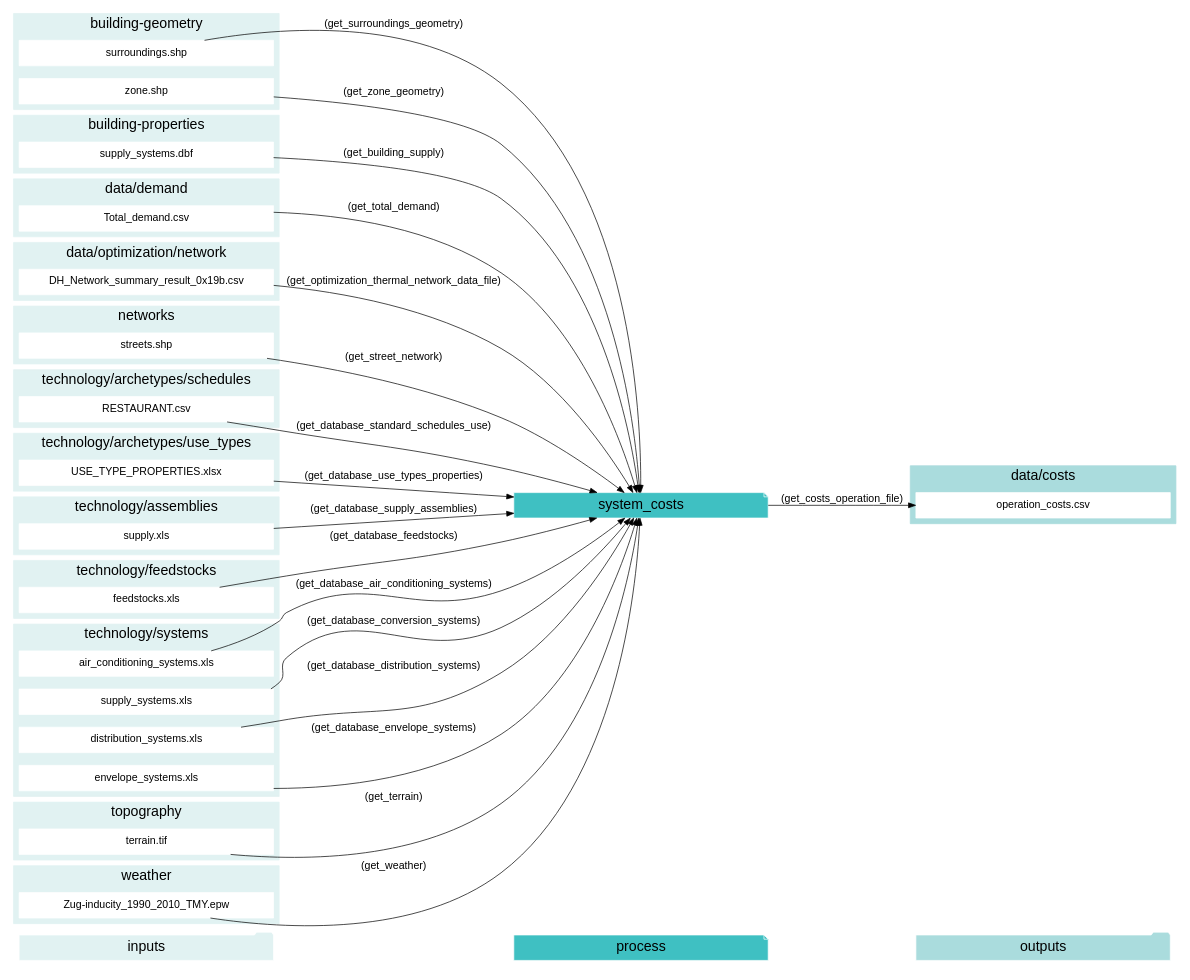
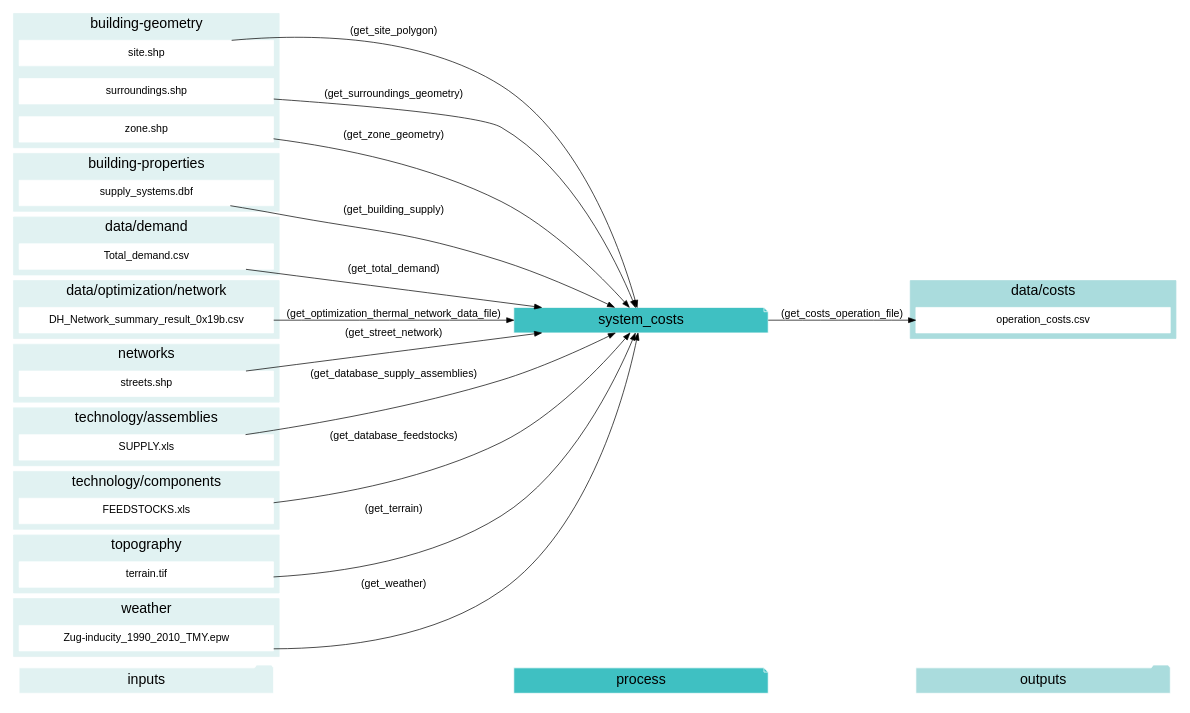
Before and after one commit to architecture-building-systems/CityEnergyAnalyst: the diagram in docs/graphviz/system_costs.gv, drawn with Graphviz. The commit also changed 24 other files, not shown here.

```diff
--- a/docs/graphviz/system_costs.gv
+++ b/docs/graphviz/system_costs.gv
@@ -1,142 +1,111 @@
 digraph trace_inputlocator {
     rankdir="LR";
     graph [overlap=false, fontname=arial];
     node [shape=box, style=filled, color=white, fontsize=15, fontname=arial, fixedsize=true, width=5];
     edge [fontname=arial, fontsize = 15]
     newrank=true
     subgraph cluster_legend {
     fontsize=25
     style=invis
     "process"[style=filled, fillcolor="#3FC0C2", shape=note, fontsize=20, fontname="arial"]
     "inputs" [style=filled, shape=folder, color=white, fillcolor="#E1F2F2", fontsize=20]
     "outputs"[style=filled, shape=folder, color=white, fillcolor="#aadcdd", fontsize=20]
     "inputs"->"process"[style=invis]
     "process"->"outputs"[style=invis]
     }
     "system_costs"[style=filled, color=white, fillcolor="#3FC0C2", shape=note, fontsize=20, fontname=arial];
     subgraph cluster_0_in {
         style = filled;
         color = "#E1F2F2";
         fontsize = 20;
         rank=same;
         label="building-geometry";
+        "site.shp"
         "surroundings.shp"
         "zone.shp"
     }
     subgraph cluster_1_in {
         style = filled;
         color = "#E1F2F2";
         fontsize = 20;
         rank=same;
         label="building-properties";
         "supply_systems.dbf"
     }
     subgraph cluster_2_out {
         style = filled;
         color = "#aadcdd";
         fontsize = 20;
         rank=same;
         label="data/costs";
         "operation_costs.csv"
     }
     subgraph cluster_3_in {
         style = filled;
         color = "#E1F2F2";
         fontsize = 20;
         rank=same;
         label="data/demand";
         "Total_demand.csv"
     }
     subgraph cluster_4_in {
         style = filled;
         color = "#E1F2F2";
         fontsize = 20;
         rank=same;
         label="data/optimization/network";
         "DH_Network_summary_result_0x19b.csv"
     }
     subgraph cluster_5_in {
         style = filled;
         color = "#E1F2F2";
         fontsize = 20;
         rank=same;
         label="networks";
         "streets.shp"
     }
     subgraph cluster_6_in {
         style = filled;
         color = "#E1F2F2";
         fontsize = 20;
         rank=same;
-        label="technology/archetypes/schedules";
-        "RESTAURANT.csv"
+        label="technology/assemblies";
+        "SUPPLY.xls"
     }
     subgraph cluster_7_in {
         style = filled;
         color = "#E1F2F2";
         fontsize = 20;
         rank=same;
-        label="technology/archetypes/use_types";
-        "USE_TYPE_PROPERTIES.xlsx"
+        label="technology/components";
+        "FEEDSTOCKS.xls"
     }
     subgraph cluster_8_in {
-        style = filled;
-        color = "#E1F2F2";
-        fontsize = 20;
-        rank=same;
-        label="technology/assemblies";
-        "supply.xls"
-    }
-    subgraph cluster_9_in {
-        style = filled;
-        color = "#E1F2F2";
-        fontsize = 20;
-        rank=same;
-        label="technology/feedstocks";
-        "feedstocks.xls"
-    }
-    subgraph cluster_10_in {
-        style = filled;
-        color = "#E1F2F2";
-        fontsize = 20;
-        rank=same;
-        label="technology/systems";
-        "air_conditioning_systems.xls"
-        "supply_systems.xls"
-        "distribution_systems.xls"
-        "envelope_systems.xls"
-    }
-    subgraph cluster_11_in {
         style = filled;
         color = "#E1F2F2";
         fontsize = 20;
         rank=same;
         label="topography";
         "terrain.tif"
     }
-    subgraph cluster_12_in {
+    subgraph cluster_9_in {
         style = filled;
         color = "#E1F2F2";
         fontsize = 20;
         rank=same;
         label="weather";
         "Zug-inducity_1990_2010_TMY.epw"
     }
     "supply_systems.dbf" -> "system_costs"[label="(get_building_supply)"]
-    "air_conditioning_systems.xls" -> "system_costs"[label="(get_database_air_conditioning_systems)"]
-    "supply_systems.xls" -> "system_costs"[label="(get_database_conversion_systems)"]
-    "distribution_systems.xls" -> "system_costs"[label="(get_database_distribution_systems)"]
-    "envelope_systems.xls" -> "system_costs"[label="(get_database_envelope_systems)"]
-    "feedstocks.xls" -> "system_costs"[label="(get_database_feedstocks)"]
-    "RESTAURANT.csv" -> "system_costs"[label="(get_database_standard_schedules_use)"]
-    "supply.xls" -> "system_costs"[label="(get_database_supply_assemblies)"]
-    "USE_TYPE_PROPERTIES.xlsx" -> "system_costs"[label="(get_database_use_types_properties)"]
+    "FEEDSTOCKS.xls" -> "system_costs"[label="(get_database_feedstocks)"]
+    "SUPPLY.xls" -> "system_costs"[label="(get_database_supply_assemblies)"]
     "DH_Network_summary_result_0x19b.csv" -> "system_costs"[label="(get_optimization_thermal_network_data_file)"]
+    "site.shp" -> "system_costs"[label="(get_site_polygon)"]
     "streets.shp" -> "system_costs"[label="(get_street_network)"]
     "surroundings.shp" -> "system_costs"[label="(get_surroundings_geometry)"]
     "terrain.tif" -> "system_costs"[label="(get_terrain)"]
     "Total_demand.csv" -> "system_costs"[label="(get_total_demand)"]
     "Zug-inducity_1990_2010_TMY.epw" -> "system_costs"[label="(get_weather)"]
     "zone.shp" -> "system_costs"[label="(get_zone_geometry)"]
     "system_costs" -> "operation_costs.csv"[label="(get_costs_operation_file)"]
     }
```
